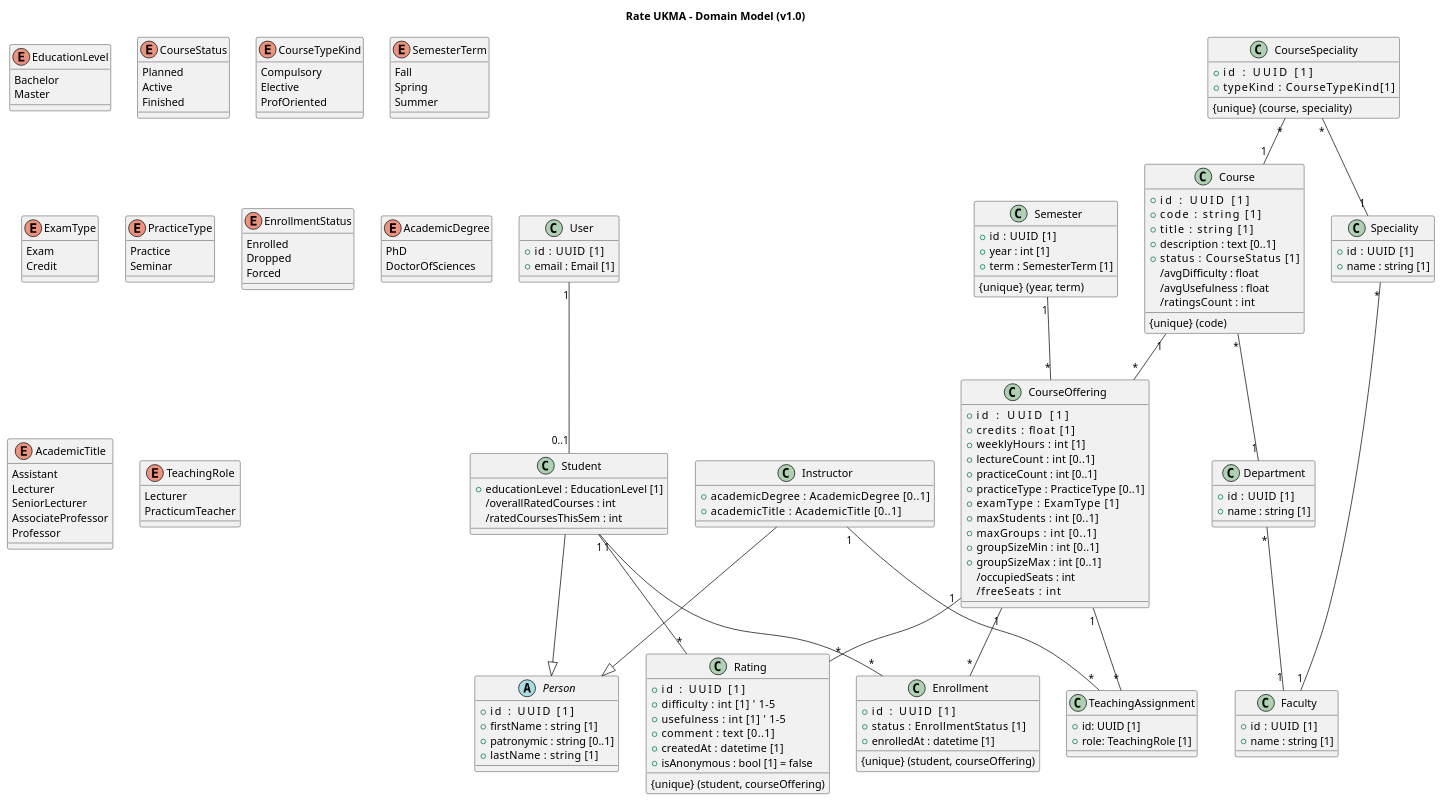
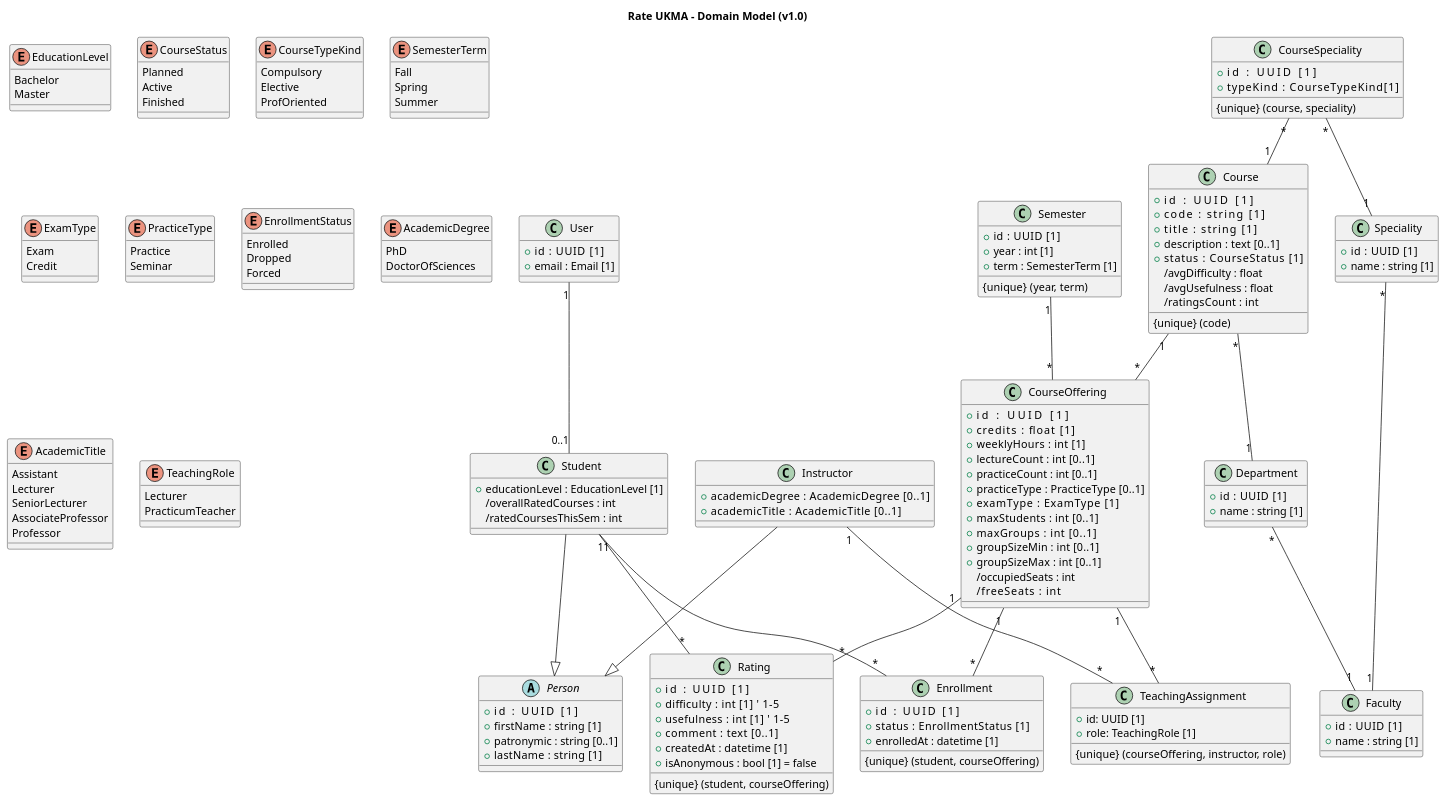
The diagram in docs/architecture/uml/domain-model.puml (ukma-cs-ssdm-2025/rate-ukma), drawn with PlantUML before and after one commit.

Commit message:
docs(#86): add unique constraint to TeachingAssignment

```diff
--- a/docs/architecture/uml/domain-model.puml
+++ b/docs/architecture/uml/domain-model.puml
@@ -1,179 +1,180 @@
 @startuml core-domain-model
 title Rate UKMA – Domain Model (v1.0)
 
 class User {
   +id    : UUID [1]
   +email : Email [1]
 }
 
 abstract class Person {
   +id         : UUID [1]
   +firstName  : string [1]
   +patronymic : string [0..1]
   +lastName   : string [1]
 }
 
 class Student {
   +educationLevel : EducationLevel [1]
   /overallRatedCourses : int
   /ratedCoursesThisSem : int
 }
 User "1" -- "0..1" Student
 Student --|> Person
 
 class Instructor {
   +academicDegree     : AcademicDegree [0..1]
   +academicTitle      : AcademicTitle [0..1]
 }
 Instructor --|> Person
 
 class Faculty {
   +id   : UUID [1]
   +name : string [1]
 }
 
 class Department {
   +id   : UUID [1]
   +name : string [1]
 }
 Department "*" -- "1" Faculty
 
 class Speciality {
   +id   : UUID [1]
   +name : string [1]
 }
 Speciality "*" -- "1" Faculty
 
 class Course {
   +id           : UUID [1]
   +code         : string [1]
   +title        : string [1]
   +description  : text [0..1]
   +status       : CourseStatus [1]
   /avgDifficulty : float
   /avgUsefulness : float
   /ratingsCount  : int
   {unique} (code)
 }
 Course "*" -- "1" Department
 
 class CourseSpeciality {
   +id           : UUID [1]
   +typeKind         : CourseTypeKind[1]
   {unique} (course, speciality)
 }
 CourseSpeciality "*" -- "1" Course
 CourseSpeciality "*" -- "1" Speciality
 
 class Semester {
   +id   : UUID [1]
   +year : int [1]
   +term : SemesterTerm [1]
   {unique} (year, term)
 }
 
 class CourseOffering {
   +id            : UUID [1]
   +credits       : float [1]
   +weeklyHours   : int [1]
   +lectureCount  : int [0..1]
   +practiceCount : int [0..1]
   +practiceType  : PracticeType [0..1]
   +examType      : ExamType [1]
   +maxStudents   : int [0..1]
   +maxGroups     : int [0..1]
   +groupSizeMin  : int [0..1]
   +groupSizeMax  : int [0..1]
   /occupiedSeats : int
   /freeSeats     : int
 }
 Course "1"   -- "*" CourseOffering
 Semester "1" -- "*" CourseOffering
 
 class TeachingAssignment {
   +id: UUID [1]
   +role: TeachingRole [1]
+  {unique} (courseOffering, instructor, role)
 }
 CourseOffering "1" -- "*" TeachingAssignment
 Instructor "1" -- "*" TeachingAssignment
 
 
 class Enrollment {
   +id         : UUID [1]
   +status     : EnrollmentStatus [1]
   +enrolledAt : datetime [1]
   {unique} (student, courseOffering)
 }
 Student "1"        -- "*" Enrollment
 CourseOffering "1" -- "*" Enrollment
 
 class Rating {
   +id         : UUID [1]
   +difficulty : int [1]    ' 1–5
   +usefulness : int [1]    ' 1–5
   +comment    : text [0..1]
   +createdAt  : datetime [1]
   +isAnonymous : bool [1] = false
   {unique} (student, courseOffering)
 }
 Student "1" -- "*" Rating
 CourseOffering  "1" -- "*" Rating
 
 enum EducationLevel {
   Bachelor
   Master
 }
 
 enum CourseStatus {
   Planned
   Active
   Finished
 }
 
 enum CourseTypeKind {
   Compulsory
   Elective
   ProfOriented
 }
 
 enum SemesterTerm {
   Fall
   Spring
   Summer
 }
 
 enum ExamType {
   Exam
   Credit
 }
 
 enum PracticeType {
   Practice
   Seminar
 }
 
 enum EnrollmentStatus {
   Enrolled
   Dropped
   Forced
 }
 
 enum AcademicDegree {
   PhD
   DoctorOfSciences
 }
 
 enum AcademicTitle {
   Assistant
   Lecturer
   SeniorLecturer
   AssociateProfessor   
   Professor            
 }
 
 enum TeachingRole {
   Lecturer
   PracticumTeacher
 }
 
 @enduml
```
